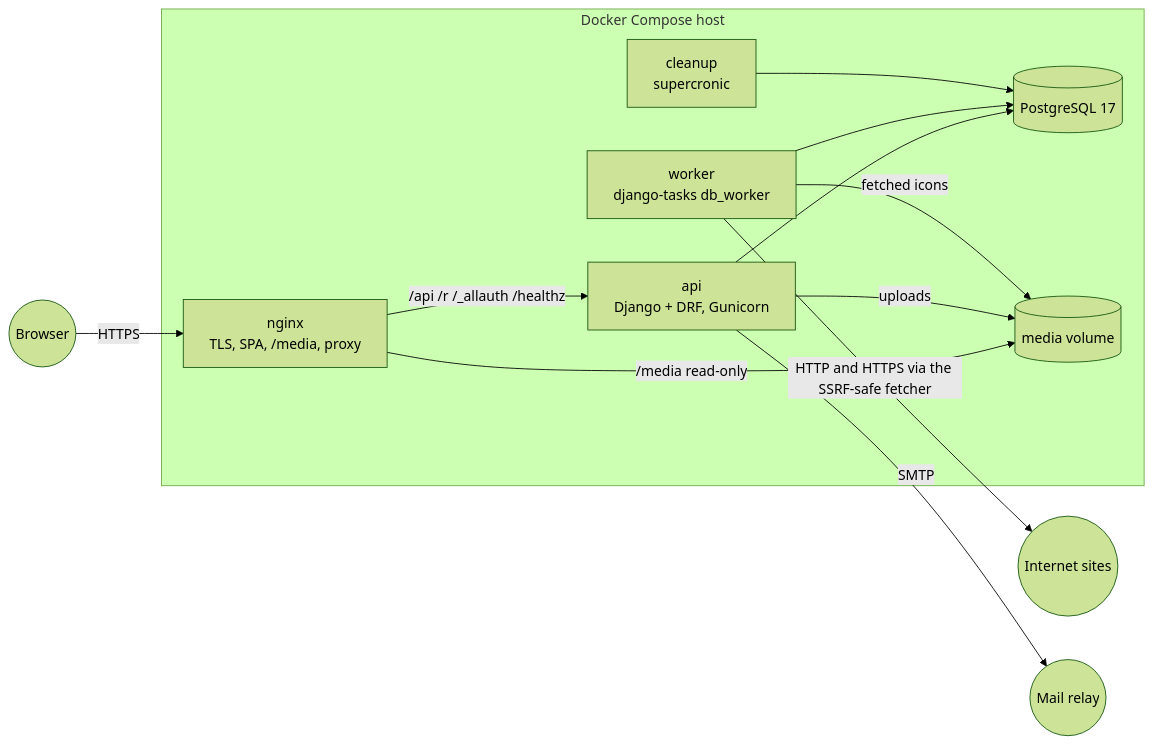
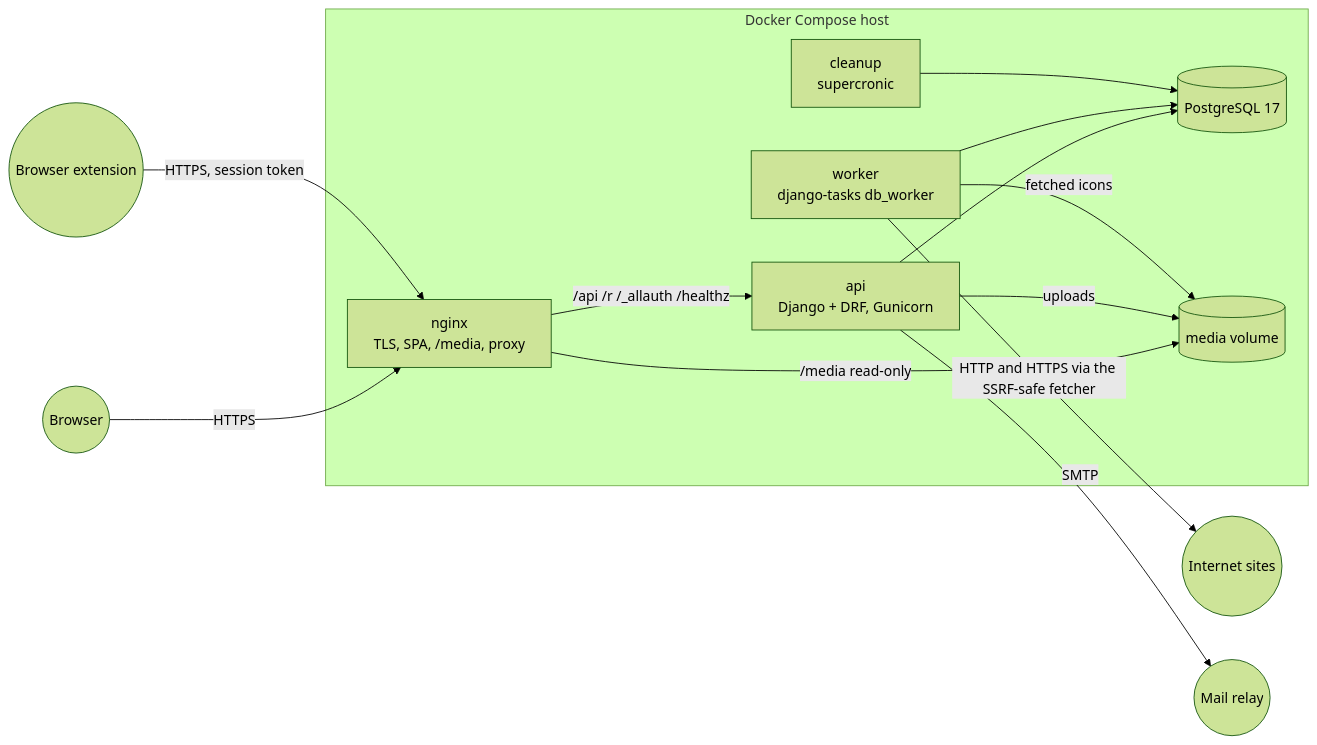
Before and after one commit to flokos/listlinkedin: the first of 3 diagrams in docs/v2/03-ARCHITECTURE.md, drawn with Mermaid (forest theme). The commit also changed other lines of this file and 9 other files, not shown here.

First line of the commit message:
Docs: the browser extension (task 11.2)

````diff
--- a/docs/v2/03-ARCHITECTURE.md
+++ b/docs/v2/03-ARCHITECTURE.md
@@ -10,21 +10,22 @@
 ```mermaid
 flowchart LR
   user((Browser)) -->|HTTPS| nginx
+  ext((Browser extension)) -->|HTTPS, session token| nginx
   subgraph host[Docker Compose host]
     nginx[nginx<br/>TLS, SPA, /media, proxy]
     api[api<br/>Django + DRF, Gunicorn]
     worker[worker<br/>django-tasks db_worker]
     cleanup[cleanup<br/>supercronic]
     db[(PostgreSQL 17)]
     media[(media volume)]
   end
   nginx -->|/api /r /_allauth /healthz| api
   nginx -->|/media read-only| media
   api --> db
   api -->|uploads| media
   worker --> db
   worker -->|fetched icons| media
   worker -->|HTTP and HTTPS via the SSRF-safe fetcher| internet((Internet sites))
   cleanup --> db
   api -->|SMTP| mail((Mail relay))
 ```
````
